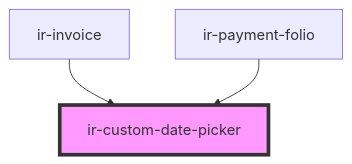
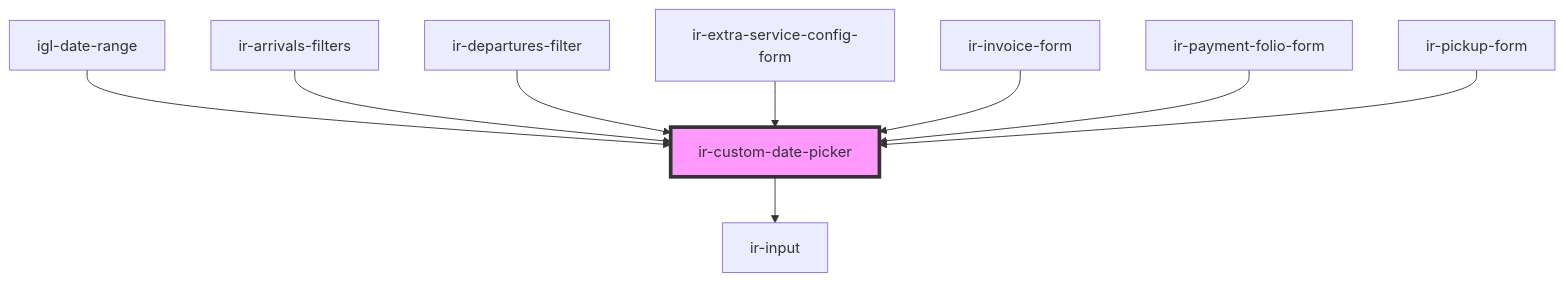
The diagram in src/components/ir-custom-date-picker/readme.md (RonyRizk/ir-webcmp), drawn with Mermaid before and after one commit. The commit also changed other lines of this file and 433 other files, not shown here.

Commit message:
Arrivals / Departures new screens

````diff
--- a/src/components/ir-custom-date-picker/readme.md
+++ b/src/components/ir-custom-date-picker/readme.md
@@ -71,6 +84,12 @@
 ```mermaid
 graph TD;
-  ir-invoice --> ir-custom-date-picker
-  ir-payment-folio --> ir-custom-date-picker
+  ir-custom-date-picker --> ir-input
+  igl-date-range --> ir-custom-date-picker
+  ir-arrivals-filters --> ir-custom-date-picker
+  ir-departures-filter --> ir-custom-date-picker
+  ir-extra-service-config-form --> ir-custom-date-picker
+  ir-invoice-form --> ir-custom-date-picker
+  ir-payment-folio-form --> ir-custom-date-picker
+  ir-pickup-form --> ir-custom-date-picker
   style ir-custom-date-picker fill:#f9f,stroke:#333,stroke-width:4px
 ```
````
